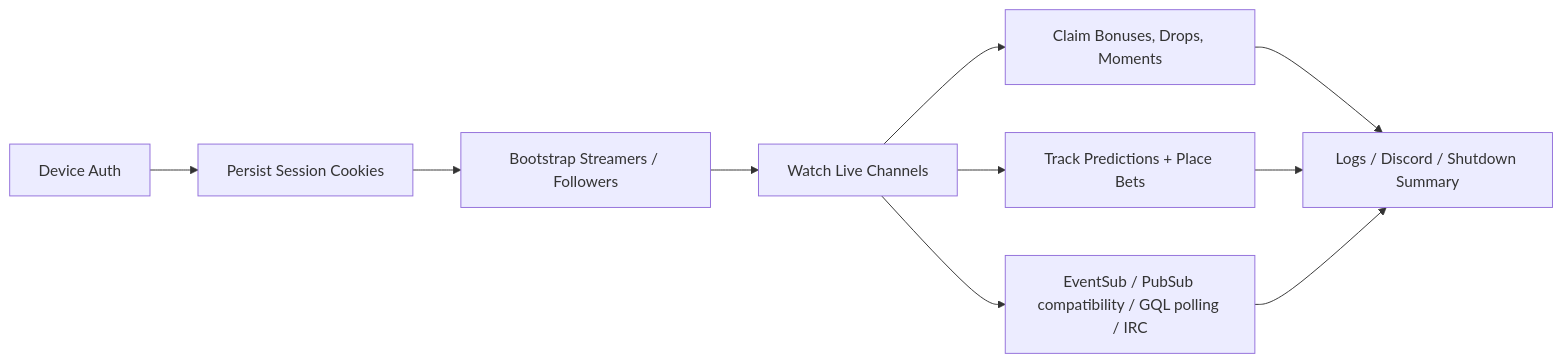
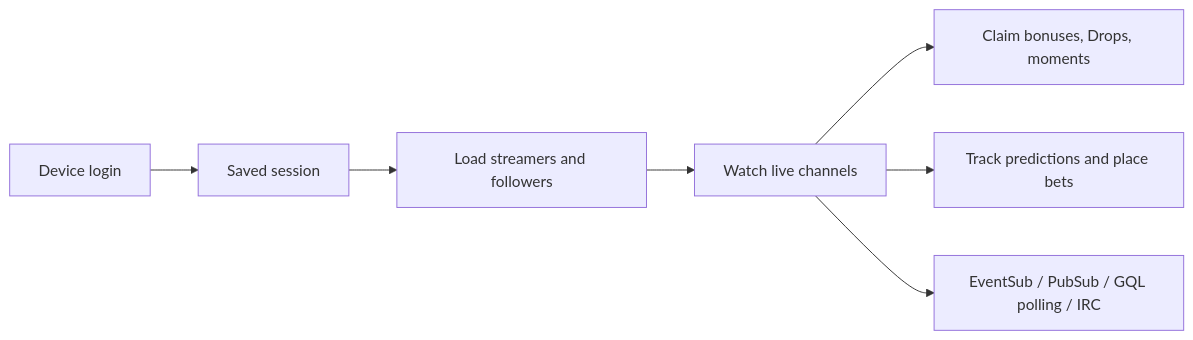
The diagram in README.md (FueledByRedBull/Twitch-Miner-Rust), drawn with Mermaid before and after one commit. The commit also changed other lines of this file, not shown here.

````diff
--- a/README.md
+++ b/README.md
@@ -37,12 +133,9 @@
 ```mermaid
 flowchart LR
-    A["Device Auth"] --> B["Persist Session Cookies"]
-    B --> C["Bootstrap Streamers / Followers"]
-    C --> D["Watch Live Channels"]
-    D --> E["Claim Bonuses, Drops, Moments"]
-    D --> F["Track Predictions + Place Bets"]
-    D --> G["EventSub / PubSub compatibility / GQL polling / IRC"]
-    E --> H["Logs / Discord / Shutdown Summary"]
-    F --> H
-    G --> H
+    A["Device login"] --> B["Saved session"]
+    B --> C["Load streamers and followers"]
+    C --> D["Watch live channels"]
+    D --> E["Claim bonuses, Drops, moments"]
+    D --> F["Track predictions and place bets"]
+    D --> G["EventSub / PubSub / GQL polling / IRC"]
 ```
````
